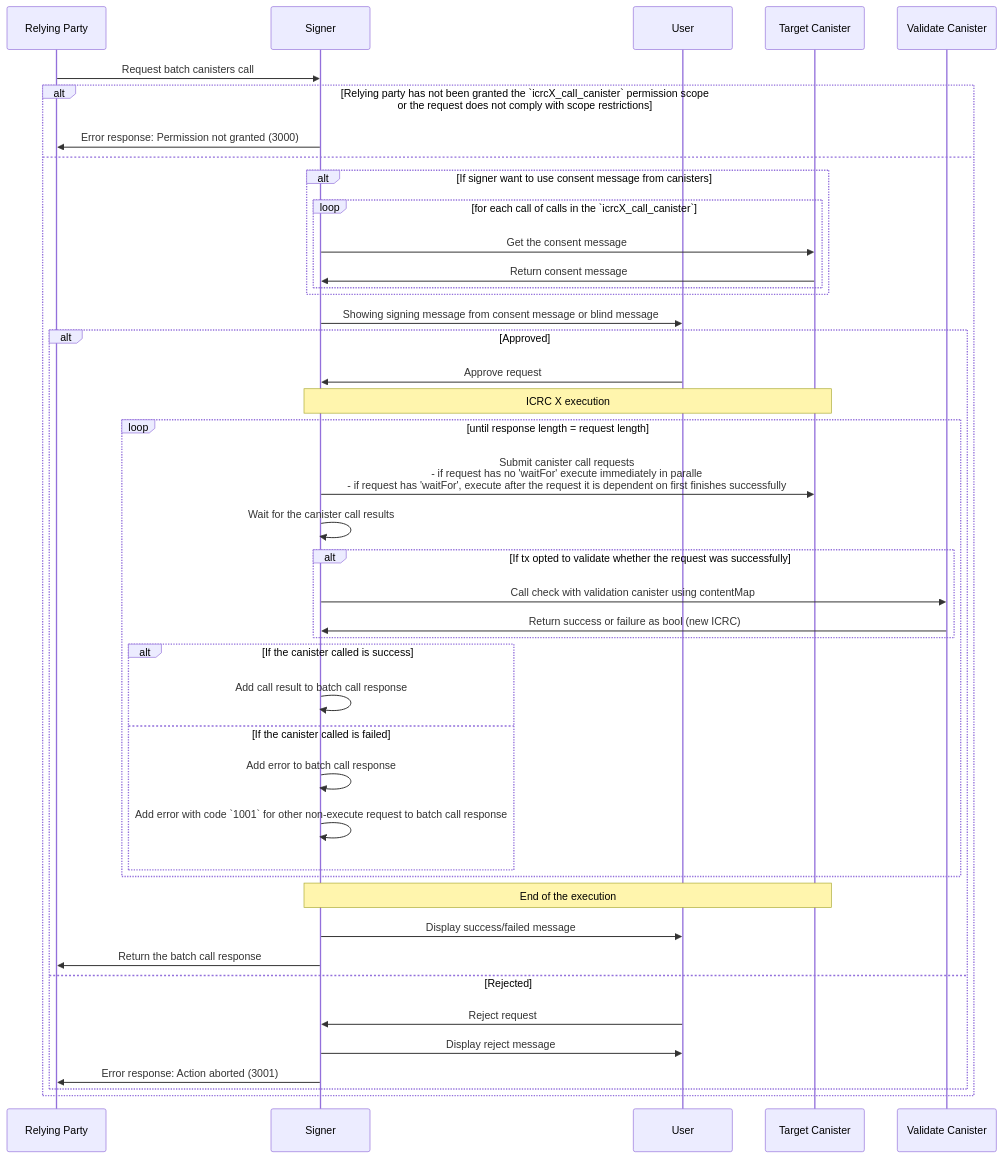
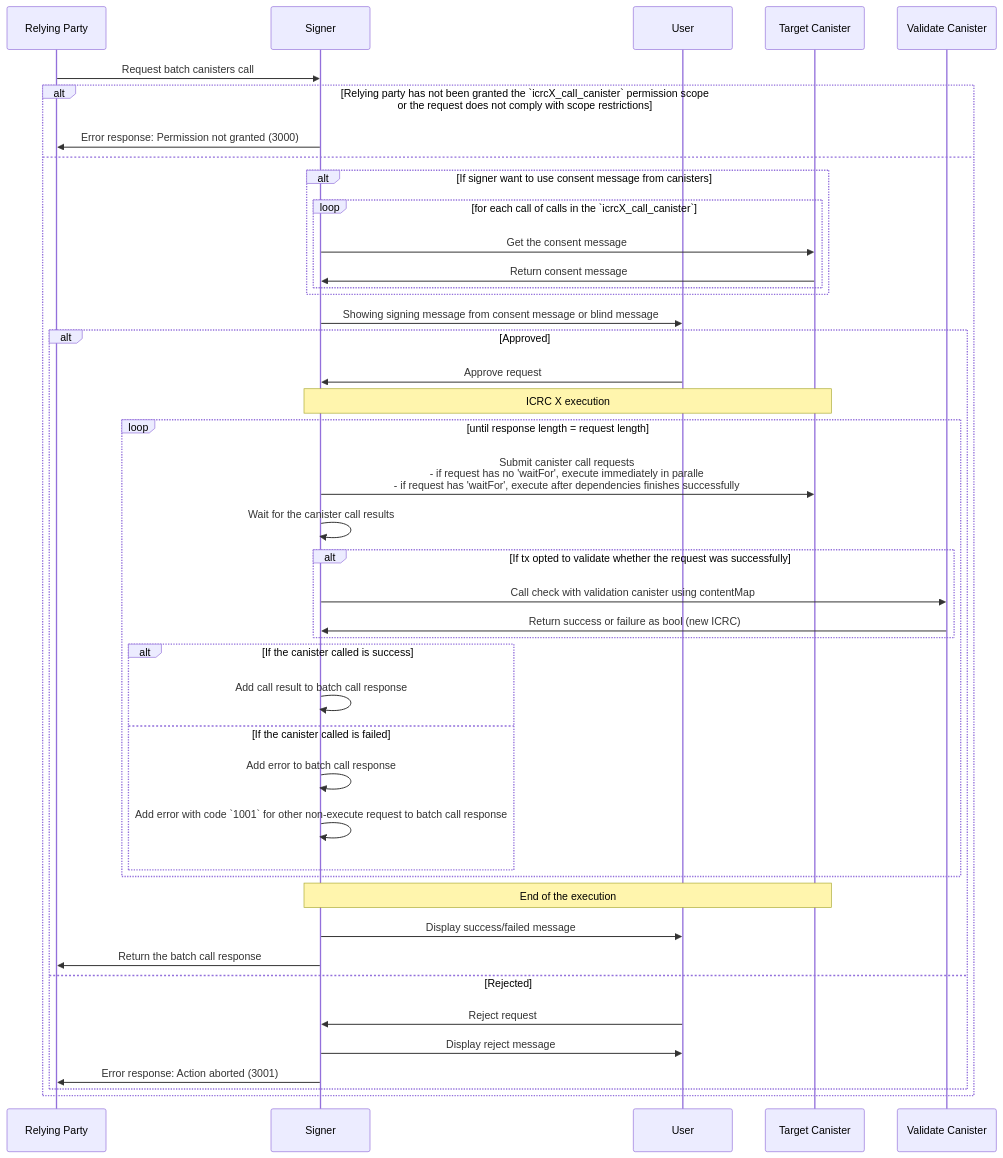
The diagram in topics/icrc_X_multiple_canister_call.md (dfinity/wg-identity-authentication), drawn with Mermaid before and after one commit.

````diff
--- a/topics/icrc_X_multiple_canister_call.md
+++ b/topics/icrc_X_multiple_canister_call.md
@@ -91,57 +91,57 @@
 ```mermaid
 sequenceDiagram
     participant RP as Relying Party
     participant S as Signer
     participant U as User
     participant C as Target Canister
     participant VC as Validate Canister
 
     RP ->> S: Request batch canisters call
     alt Relying party has not been granted the `icrcX_call_canister` permission scope<br>or the request does not comply with scope restrictions
         S ->> RP: Error response: Permission not granted (3000)
     else
 
         alt If signer want to use consent message from canisters
             loop for each call of calls in the `icrcX_call_canister`
                 S ->> C: Get the consent message
                 C ->> S: Return consent message
             end
         end
 
         S ->> U: Showing signing message from consent message or blind message
 
 
         alt Approved
             U ->> S: Approve request
             Note over S,C: ICRC X execution
 
             loop until response length = request length
-                S ->> C: Submit canister call requests <br /> - if request has no 'waitFor' execute immediately in paralle <br /> - if request has 'waitFor', execute after the request it is dependent on first finishes successfully
+                S ->> C: Submit canister call requests <br /> - if request has no 'waitFor', execute immediately in paralle <br /> - if request has 'waitFor', execute after dependencies finishes successfully
                 S ->> S: Wait for the canister call results
 
 
                 alt If tx opted to validate whether the request was successfully
                     S ->> VC: Call check with validation canister using contentMap
                     VC ->> S: Return success or failure as bool (new ICRC)
                 end
 
                 alt If the canister called is success
                     S ->> S: Add call result to batch call response
                 else If the canister called is failed
                     S ->> S: Add error to batch call response
                     S ->> S: Add error with code `1001` for other non-execute request to batch call response
                 end
             end
 
             Note over S,C: End of the execution
 
         S ->> U: Display success/failed message
         S ->> RP: Return the batch call response
 
         else Rejected
             U ->> S: Reject request
             S ->> U: Display reject message
             S ->> RP: Error response: Action aborted (3001)
         end
     end
 ```
````
